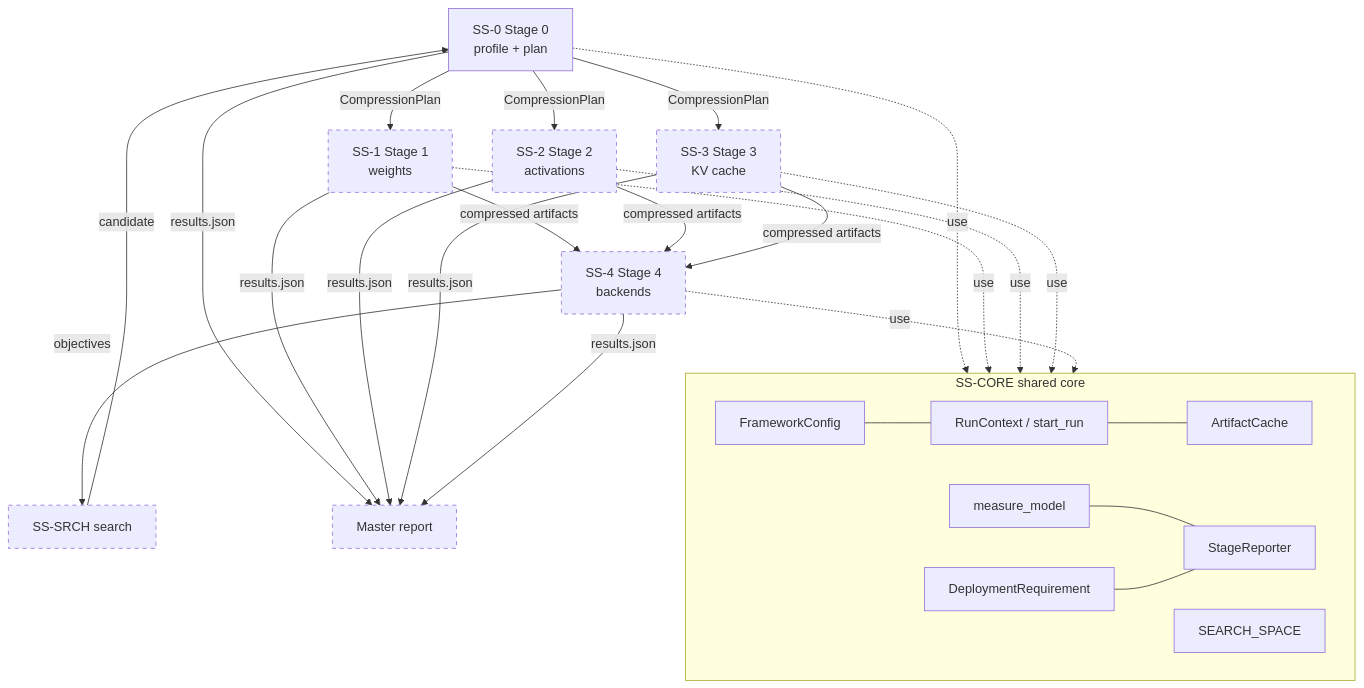
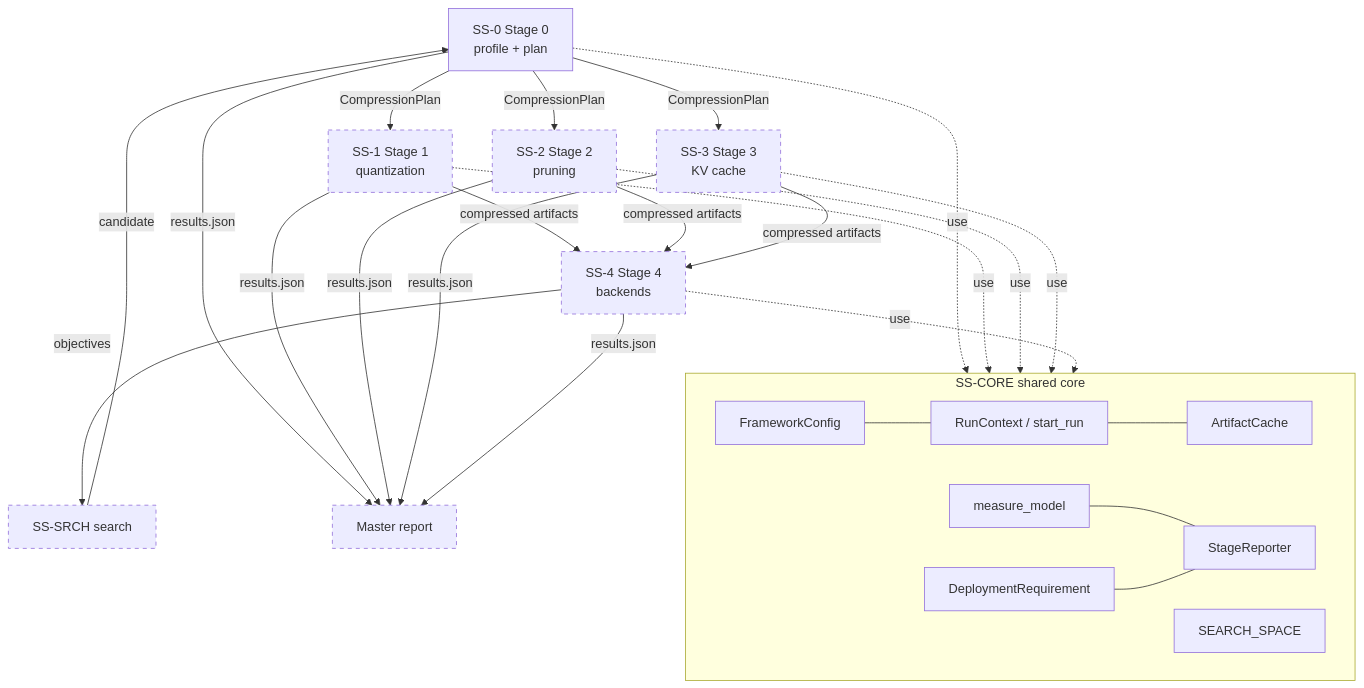
The first of 2 diagrams in docs/specs/subsystem-design-description.md (hamuutpls/sensitivity-driven-framework), drawn with Mermaid before and after one commit. The commit also changed other lines of this file and 22 other files, not shown here.

First line of the commit message:
Stage 1 is quantization only, Stage 2 is pruning only

````diff
--- a/docs/specs/subsystem-design-description.md
+++ b/docs/specs/subsystem-design-description.md
@@ -124,25 +125,25 @@
 ```mermaid
 flowchart TB
     subgraph CORE[SS-CORE shared core]
         CFG[FrameworkConfig] --- RUN[RunContext / start_run]
         RUN --- CACHE[ArtifactCache]
         MEAS[measure_model] --- REP[StageReporter]
         REQ[DeploymentRequirement] --- REP
         SPACE[SEARCH_SPACE]
     end
     SS0[SS-0 Stage 0<br/>profile + plan]
-    SS1[SS-1 Stage 1<br/>weights]:::planned
-    SS2[SS-2 Stage 2<br/>activations]:::planned
+    SS1[SS-1 Stage 1<br/>quantization]:::planned
+    SS2[SS-2 Stage 2<br/>pruning]:::planned
     SS3[SS-3 Stage 3<br/>KV cache]:::planned
     SS4[SS-4 Stage 4<br/>backends]:::planned
     SRCH[SS-SRCH search]:::planned
     MR[Master report]:::planned
 
     SS0 -- CompressionPlan --> SS1 & SS2 & SS3
     SS1 & SS2 & SS3 -- compressed artifacts --> SS4
     SRCH -- candidate --> SS0
     SS4 -- objectives --> SRCH
     SS0 & SS1 & SS2 & SS3 & SS4 -. use .-> CORE
     SS0 & SS1 & SS2 & SS3 & SS4 -- results.json --> MR
     classDef planned stroke-dasharray: 5 5
 ```
````
